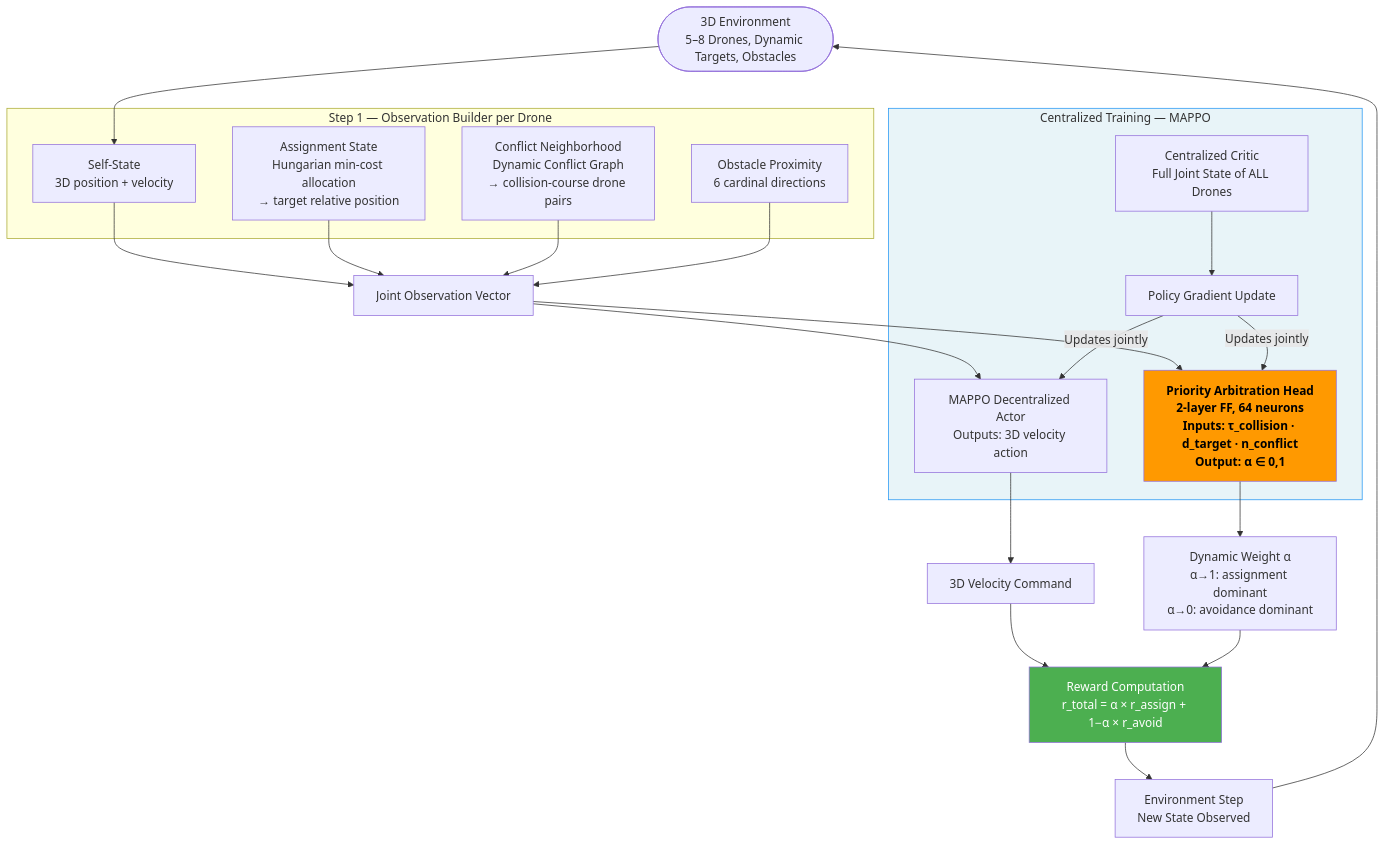
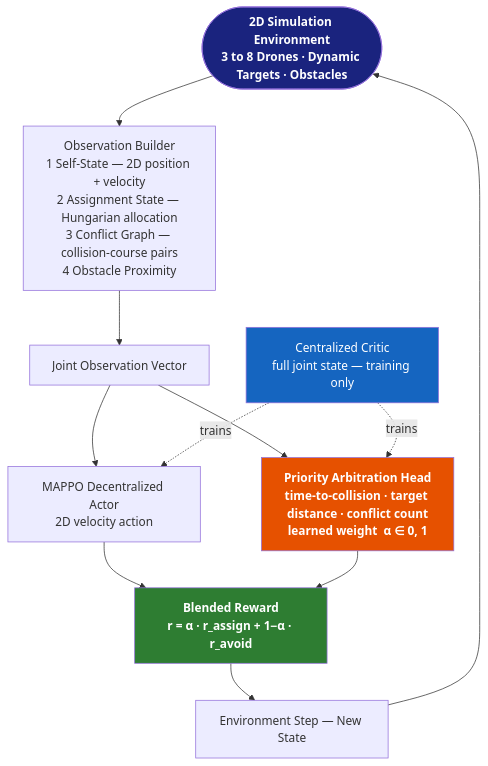
Before and after one commit to ayesha-rightsteps/research: the diagram in final-synopsis-after-a-lot-of-struggle/framework_pipeline_mermaid.md, drawn with Mermaid. The commit also changed 71 other files, not shown here.

````diff
--- a/final-synopsis-after-a-lot-of-struggle/framework_pipeline_mermaid.md
+++ b/final-synopsis-after-a-lot-of-struggle/framework_pipeline_mermaid.md
@@ -7,38 +7,25 @@
 ```mermaid
 flowchart TD
-    A([3D Environment\n5–8 Drones, Dynamic Targets, Obstacles]) --> B
+    A([2D Simulation Environment\n3 to 8 Drones · Dynamic Targets · Obstacles])
 
-    subgraph OBS [Step 1 — Observation Builder per Drone]
-        B[Self-State\n3D position + velocity]
-        C[Assignment State\nHungarian min-cost allocation\n→ target relative position]
-        D[Conflict Neighborhood\nDynamic Conflict Graph\n→ collision-course drone pairs]
-        E[Obstacle Proximity\n6 cardinal directions]
-    end
+    A --> B["Observation Builder\n1 Self-State — 2D position + velocity\n2 Assignment State — Hungarian allocation\n3 Conflict Graph — collision-course pairs\n4 Obstacle Proximity"]
 
-    B --> F[Joint Observation Vector]
-    C --> F
-    D --> F
+    B --> C[Joint Observation Vector]
+
+    C --> D["MAPPO Decentralized Actor\n2D velocity action"]
+    C --> E["Priority Arbitration Head\ntime-to-collision · target distance · conflict count\nlearned weight  α ∈ 0, 1"]
+
+    D --> F["Blended Reward\nr = α · r_assign + 1−α · r_avoid"]
     E --> F
 
-    F --> G[MAPPO Decentralized Actor\nOutputs: 3D velocity action]
-    F --> H[Priority Arbitration Head\n2-layer FF, 64 neurons\nInputs: τ_collision · d_target · n_conflict\nOutput: α ∈ 0,1]
+    F --> G[Environment Step — New State]
+    G --> A
 
-    G --> I[3D Velocity Command]
-    H --> J[Dynamic Weight α\nα→1: assignment dominant\nα→0: avoidance dominant]
+    H["Centralized Critic\nfull joint state — training only"] -.->|trains| D
+    H -.->|trains| E
 
-    I --> K["Reward Computation\nr_total = α × r_assign + 1−α × r_avoid"]
-    J --> K
-
-    K --> L[Environment Step\nNew State Observed]
-    L --> A
-
-    subgraph TRAIN [Centralized Training — MAPPO]
-        M[Centralized Critic\nFull Joint State of ALL Drones] --> N[Policy Gradient Update]
-        N -->|Updates jointly| G
-        N -->|Updates jointly| H
-    end
-
-    style H fill:#ff9900,color:#000,font-weight:bold
-    style K fill:#4CAF50,color:#fff
-    style TRAIN fill:#e8f4f8,stroke:#2196F3
+    style A fill:#1a237e,color:#fff,font-weight:bold
+    style E fill:#e65100,color:#fff,font-weight:bold
+    style F fill:#2e7d32,color:#fff,font-weight:bold
+    style H fill:#1565c0,color:#fff
 ```
````
